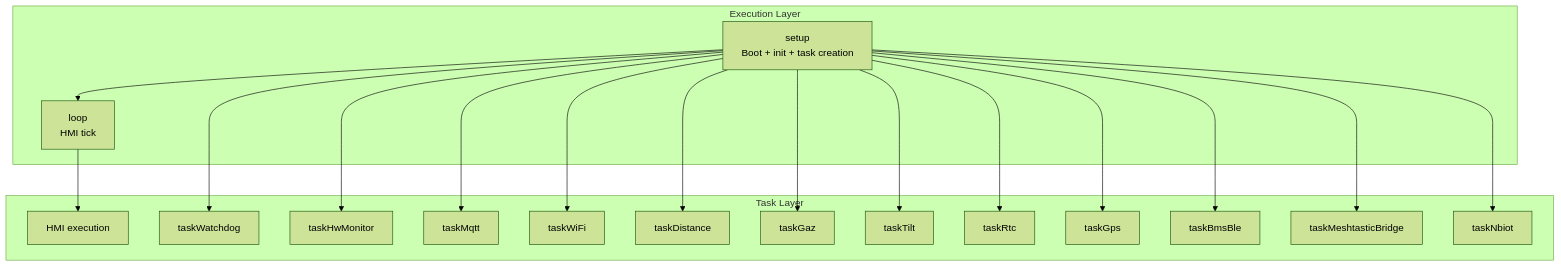
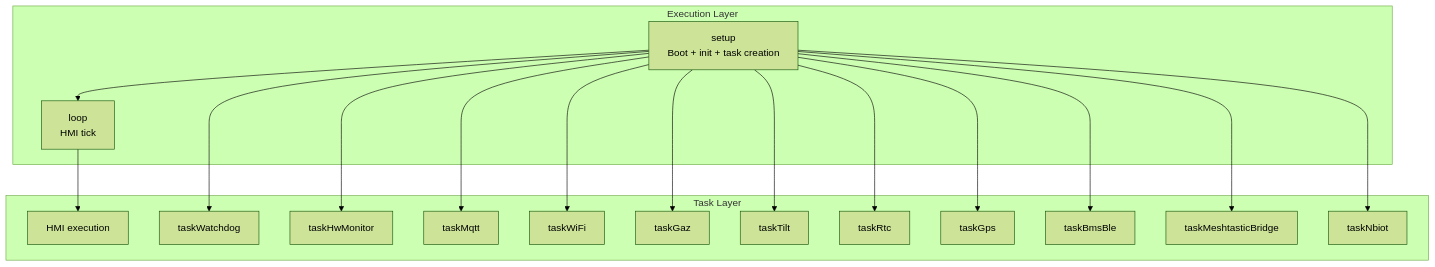
The diagram in README.md (lburais/SmartFranklin), drawn with Mermaid (forest theme) before and after one commit. The commit also changed other lines of this file and 18 other files, not shown here.

````diff
--- a/README.md
+++ b/README.md
@@ -25,38 +25,36 @@
 ```mermaid
 flowchart TD
     subgraph L1[Execution Layer]
         SETUP[setup\nBoot + init + task creation]
         LOOP[loop\nHMI tick]
     end
 
     subgraph L2[Task Layer]
         T_HMI[HMI execution]
         T_WD[taskWatchdog]
         T_HW[taskHwMonitor]
         T_MQTT[taskMqtt]
         T_WIFI[taskWiFi]
-        T_DIST[taskDistance]
         T_GAZ[taskGaz]
         T_TILT[taskTilt]
         T_RTC[taskRtc]
         T_GPS[taskGps]
         T_BMS[taskBmsBle]
         T_MESH[taskMeshtasticBridge]
         T_NBIOT[taskNbiot]
     end
 
     SETUP --> LOOP
     LOOP --> T_HMI
     SETUP --> T_WD
     SETUP --> T_HW
     SETUP --> T_MQTT
     SETUP --> T_WIFI
-    SETUP --> T_DIST
     SETUP --> T_GAZ
     SETUP --> T_TILT
     SETUP --> T_RTC
     SETUP --> T_GPS
     SETUP --> T_BMS
     SETUP --> T_MESH
     SETUP --> T_NBIOT
 ```
````
